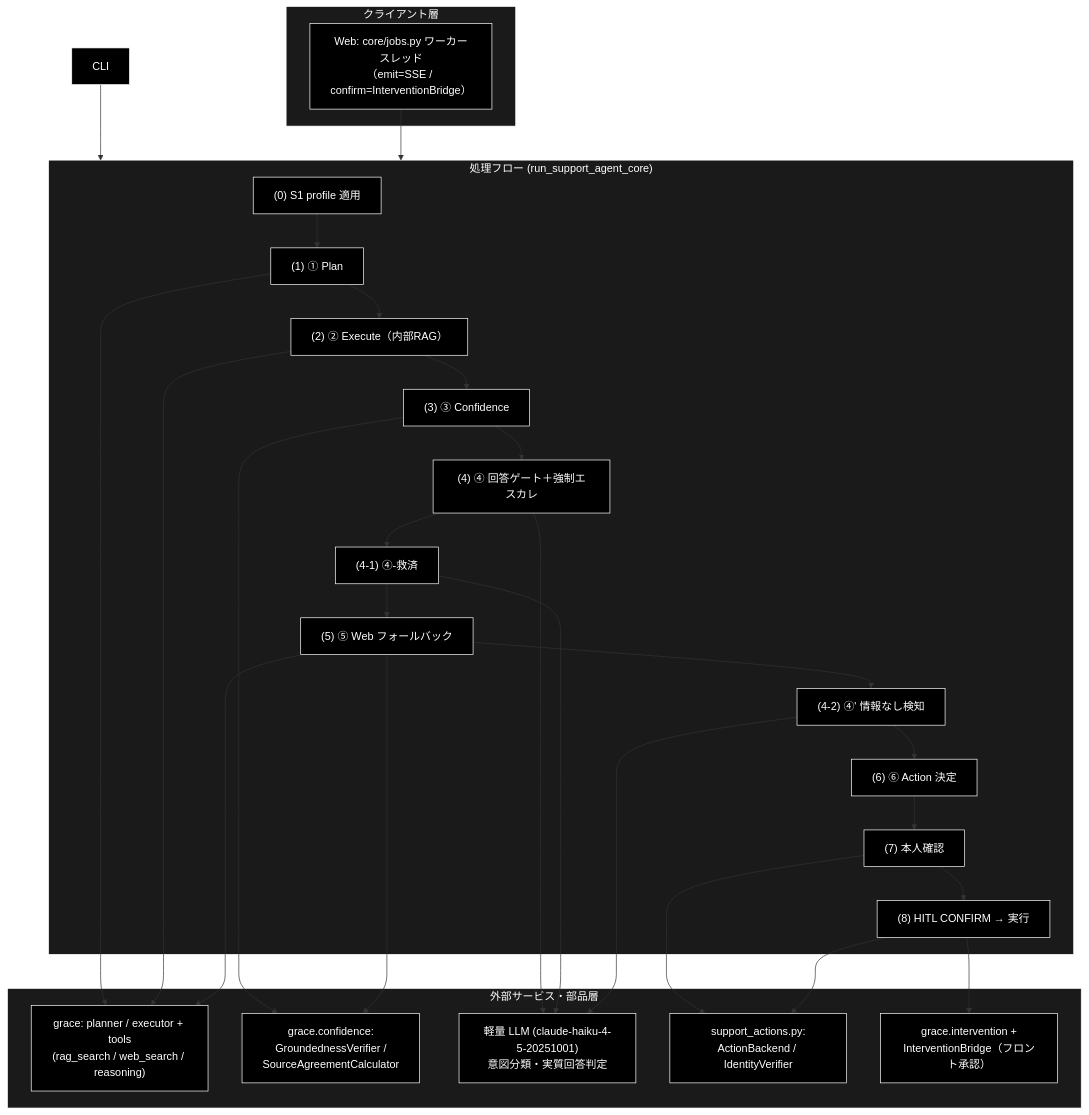
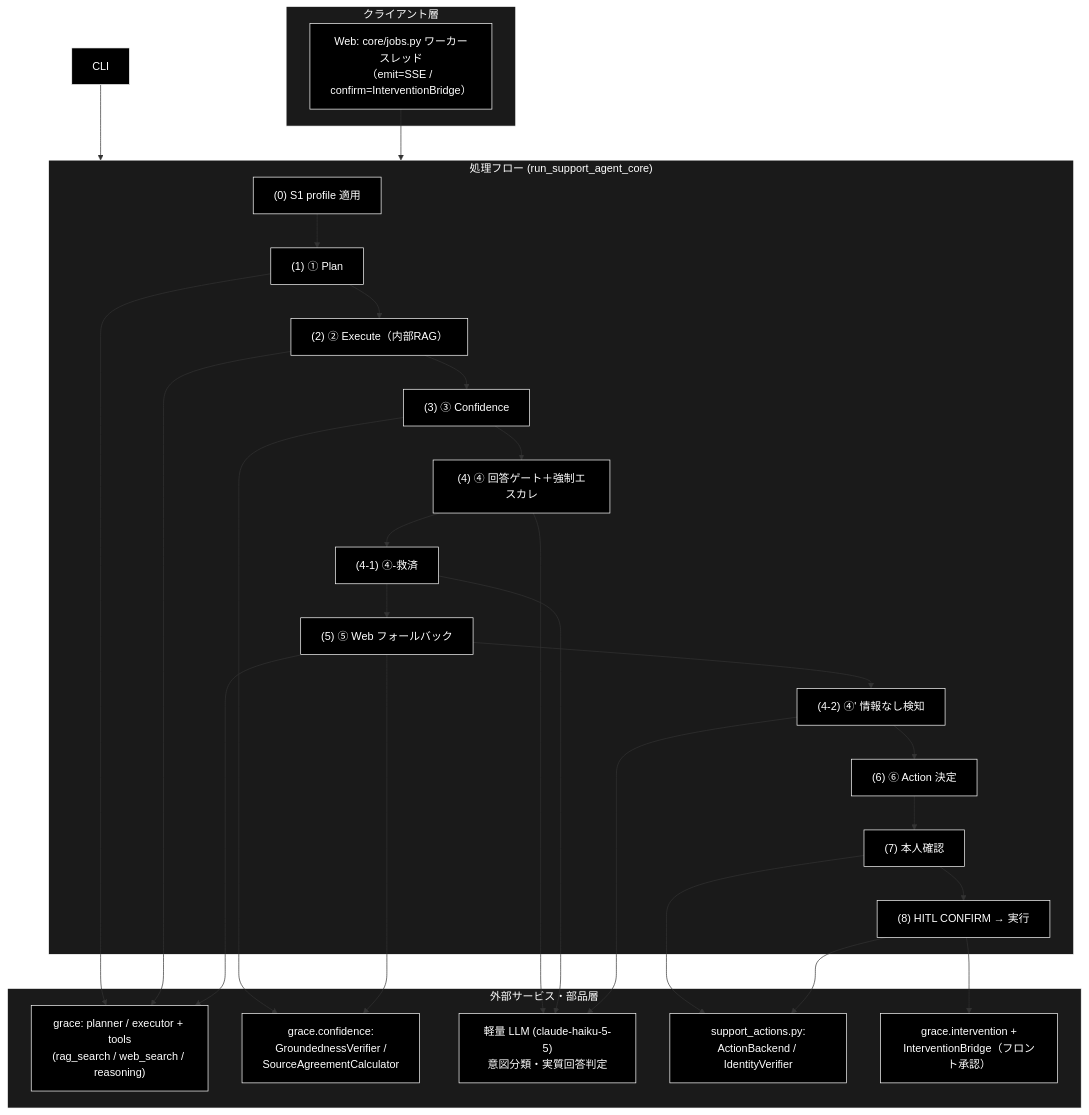
The first of 7 diagrams in backend/docs/support_flow.md (nakashima2toshio/grace_v2), drawn with Mermaid before and after one commit. The commit also changed other lines of this file and 53 other files, not shown here.

First line of the commit message:
feat(model): 軽量モデルを Claude Haiku 5.5 へ切り替える

````diff
--- a/backend/docs/support_flow.md
+++ b/backend/docs/support_flow.md
@@ -129,49 +129,49 @@
 ```mermaid
 flowchart TB
     subgraph CLIENT["クライアント層"]
         WEB["Web: core/jobs.py ワーカースレッド<br>（emit=SSE / confirm=InterventionBridge）"]
     end
 
     subgraph FLOW["処理フロー (run_support_agent_core)"]
         S0["(0) S1 profile 適用"]
         S1["(1) ① Plan"]
         S2["(2) ② Execute（内部RAG）"]
         S3["(3) ③ Confidence"]
         S4["(4) ④ 回答ゲート＋強制エスカレ"]
         S41["(4-1) ④-救済"]
         S5["(5) ⑤ Web フォールバック"]
         S42["(4-2) ④' 情報なし検知"]
         S6["(6) ⑥ Action 決定"]
         S7["(7) 本人確認"]
         S8["(8) HITL CONFIRM → 実行"]
     end
 
     subgraph EXTERNAL["外部サービス・部品層"]
         GRACE["grace: planner / executor + tools<br>(rag_search / web_search / reasoning)"]
         CONF["grace.confidence:<br>GroundednessVerifier /<br>SourceAgreementCalculator"]
-        HAIKU["軽量 LLM (claude-haiku-4-5-20251001)<br>意図分類・実質回答判定"]
+        HAIKU["軽量 LLM (claude-haiku-5-5)<br>意図分類・実質回答判定"]
         ACT["support_actions.py:<br>ActionBackend / IdentityVerifier"]
         HITL["grace.intervention +<br>InterventionBridge（フロント承認）"]
     end
 
     CLI --> FLOW
     WEB --> FLOW
     S0 --> S1 --> S2 --> S3 --> S4 --> S41 --> S5 --> S42 --> S6 --> S7 --> S8
     S1 --> GRACE
     S2 --> GRACE
     S3 --> CONF
     S4 --> HAIKU
     S41 --> HAIKU
     S42 --> HAIKU
     S5 --> GRACE
     S5 --> CONF
     S7 --> ACT
     S8 --> HITL
     S8 --> ACT
 classDef default fill:#000,stroke:#fff,color:#fff
 classDef subgraphStyle fill:#1a1a1a,stroke:#fff,color:#fff
 class CLI,WEB,S0,S1,S2,S3,S4,S41,S5,S42,S6,S7,S8,GRACE,CONF,HAIKU,ACT,HITL default
 style CLIENT fill:#1a1a1a,stroke:#fff,color:#fff
 style FLOW fill:#1a1a1a,stroke:#fff,color:#fff
 style EXTERNAL fill:#1a1a1a,stroke:#fff,color:#fff
 ```
````
